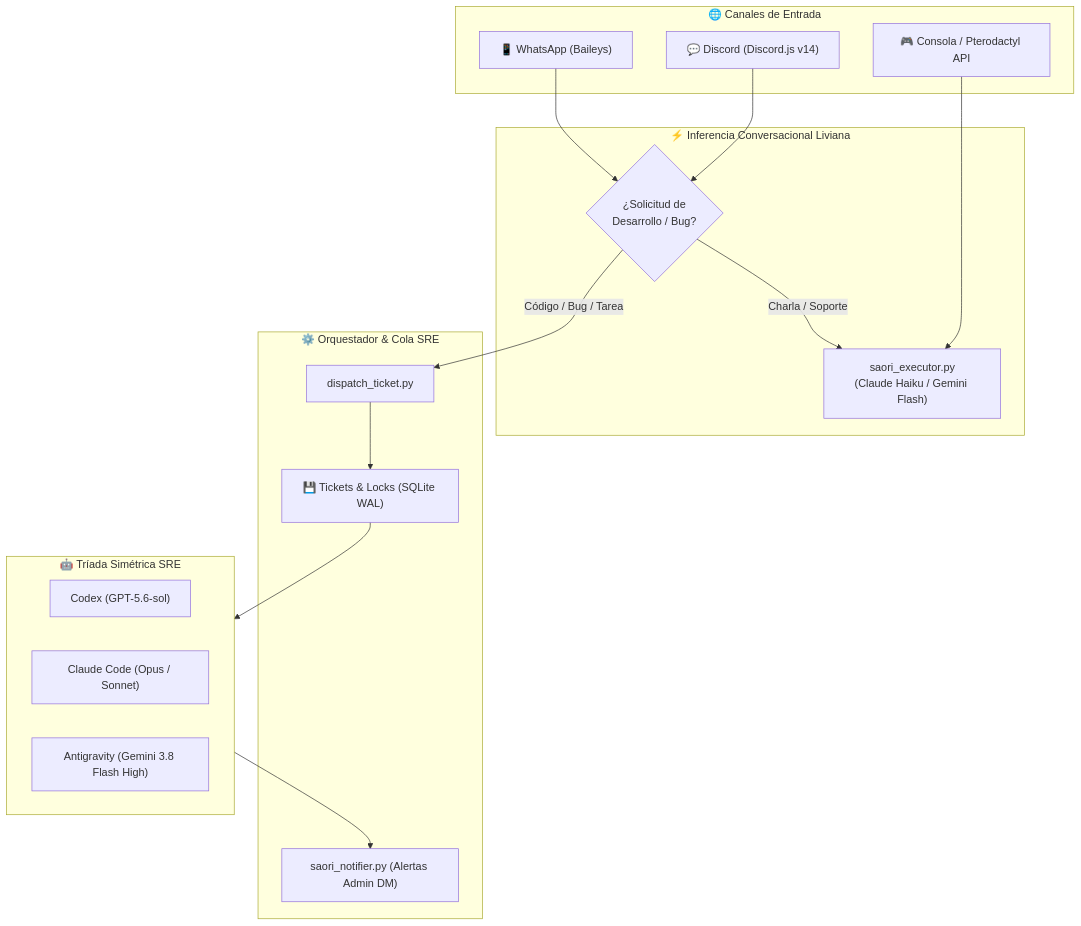
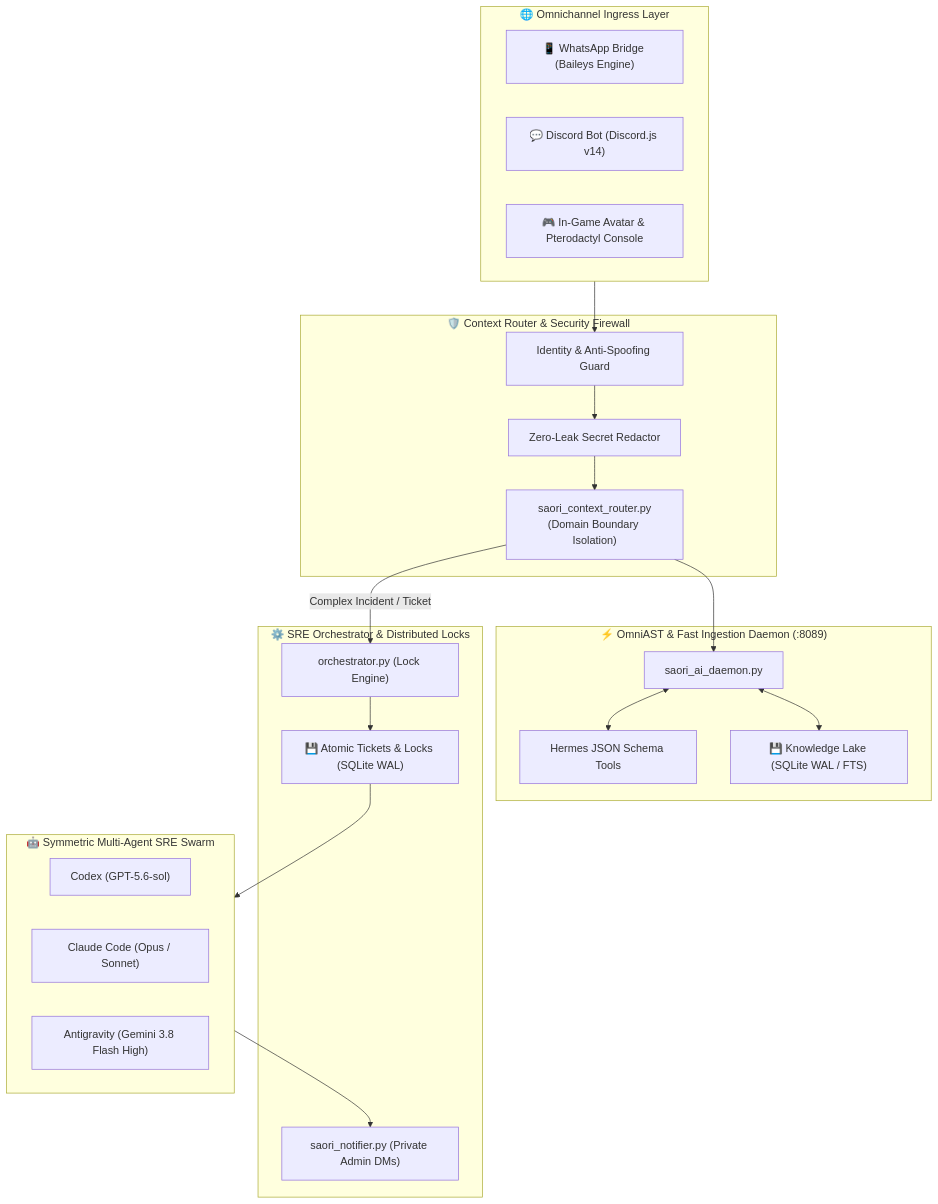
The diagram in README.md (JackStar6677-1/saori), drawn with Mermaid before and after one commit. The commit also changed other lines of this file and 2 other files, not shown here.

First line of the commit message:
docs: modernize README in English, update SVG banner with SRE architecture, and add CONTRIBUTING guidelines

````diff
--- a/README.md
+++ b/README.md
@@ -70,34 +75,43 @@
 ```mermaid
 graph TD
-    subgraph Canales ["🌐 Canales de Entrada"]
-        WA["📱 WhatsApp (Baileys)"]
-        DC["💬 Discord (Discord.js v14)"]
-        MC["🎮 Consola / Pterodactyl API"]
+    subgraph INGRESS ["🌐 Omnichannel Ingress Layer"]
+        WA["📱 WhatsApp Bridge (Baileys Engine)"]
+        DC["💬 Discord Bot (Discord.js v14)"]
+        MC["🎮 In-Game Avatar & Pterodactyl Console"]
     end
 
-    subgraph Chatbot ["⚡ Inferencia Conversacional Liviana"]
-        FastBot["saori_executor.py\n(Claude Haiku / Gemini Flash)"]
-        Interceptor{"¿Solicitud de\nDesarrollo / Bug?"}
+    subgraph ROUTER ["🛡️ Context Router & Security Firewall"]
+        CR["saori_context_router.py\n(Domain Boundary Isolation)"]
+        RBAC["Identity & Anti-Spoofing Guard"]
+        Sanitizer["Zero-Leak Secret Redactor"]
     end
 
-    subgraph Orquestacion ["⚙️ Orquestador & Cola SRE"]
-        Dispatcher["dispatch_ticket.py"]
-        TicketDB["💾 Tickets & Locks (SQLite WAL)"]
-        Notifier["saori_notifier.py (Alertas Admin DM)"]
+    subgraph DAEMON ["⚡ OmniAST & Fast Ingestion Daemon (:8089)"]
+        AIDaemon["saori_ai_daemon.py"]
+        HermesEngine["Hermes JSON Schema Tools"]
+        Lake["💾 Knowledge Lake (SQLite WAL / FTS)"]
     end
 
-    subgraph Triada ["🤖 Tríada Simétrica SRE"]
+    subgraph ORCHESTRATION ["⚙️ SRE Orchestrator & Distributed Locks"]
+        Orchestrator["orchestrator.py (Lock Engine)"]
+        TicketDB["💾 Atomic Tickets & Locks (SQLite WAL)"]
+        Notifier["saori_notifier.py (Private Admin DMs)"]
+    end
+
+    subgraph TRIAD ["🤖 Symmetric Multi-Agent SRE Swarm"]
         Codex["Codex (GPT-5.6-sol)"]
         Claude["Claude Code (Opus / Sonnet)"]
         Antigravity["Antigravity (Gemini 3.8 Flash High)"]
     end
 
-    WA --> Interceptor
-    DC --> Interceptor
-    Interceptor -- "Charla / Soporte" --> FastBot
-    Interceptor -- "Código / Bug / Tarea" --> Dispatcher
-    Dispatcher --> TicketDB
-    TicketDB --> Triada
-    Triada --> Notifier
-    MC --> FastBot
+    INGRESS --> RBAC
+    RBAC --> Sanitizer
+    Sanitizer --> CR
+    CR --> AIDaemon
+    AIDaemon <--> Lake
+    AIDaemon <--> HermesEngine
+    CR -- "Complex Incident / Ticket" --> Orchestrator
+    Orchestrator --> TicketDB
+    TicketDB --> TRIAD
+    TRIAD --> Notifier
 ```
````
